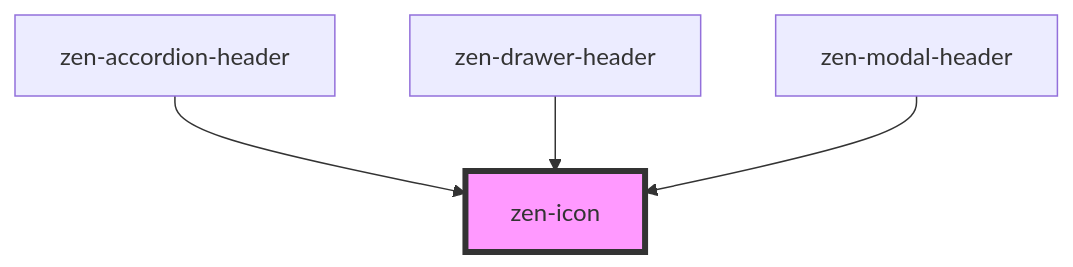
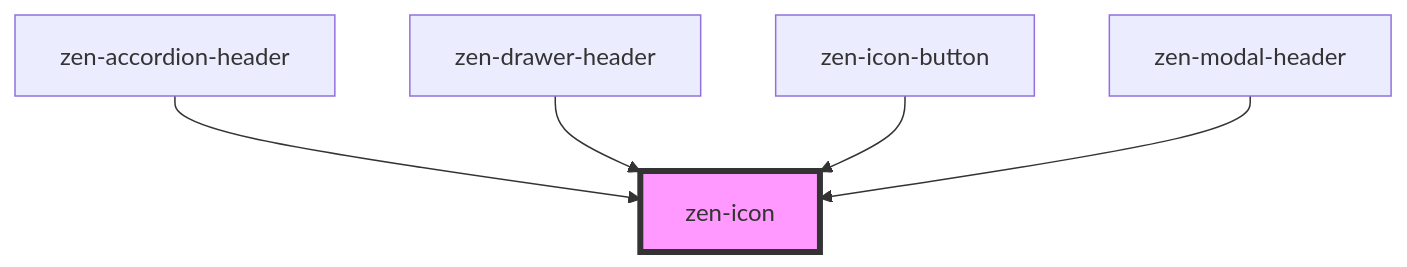
Before and after one commit to woodi3/zen-webcomponents: the diagram in src/components/zen-icon/readme.md, drawn with Mermaid. The commit also changed other lines of this file and 9 other files, not shown here.

First line of the commit message:
(feature): Zen icon button component (#37)

````diff
--- a/src/components/zen-icon/readme.md
+++ b/src/components/zen-icon/readme.md
@@ -26,7 +27,8 @@
 ```mermaid
 graph TD;
   zen-accordion-header --> zen-icon
   zen-drawer-header --> zen-icon
+  zen-icon-button --> zen-icon
   zen-modal-header --> zen-icon
   style zen-icon fill:#f9f,stroke:#333,stroke-width:4px
 ```
````
